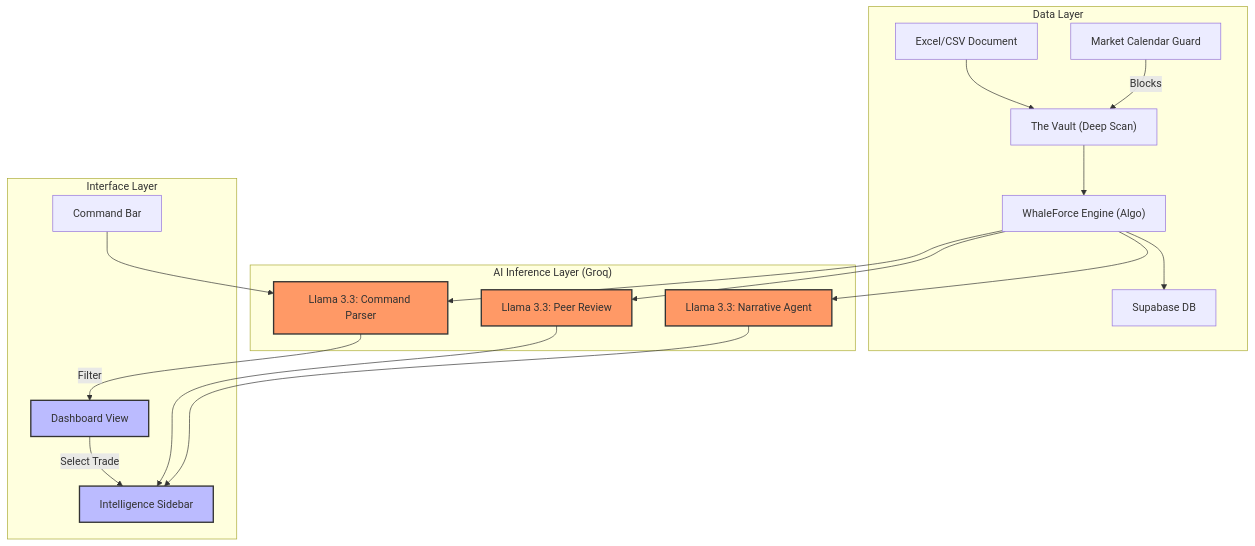
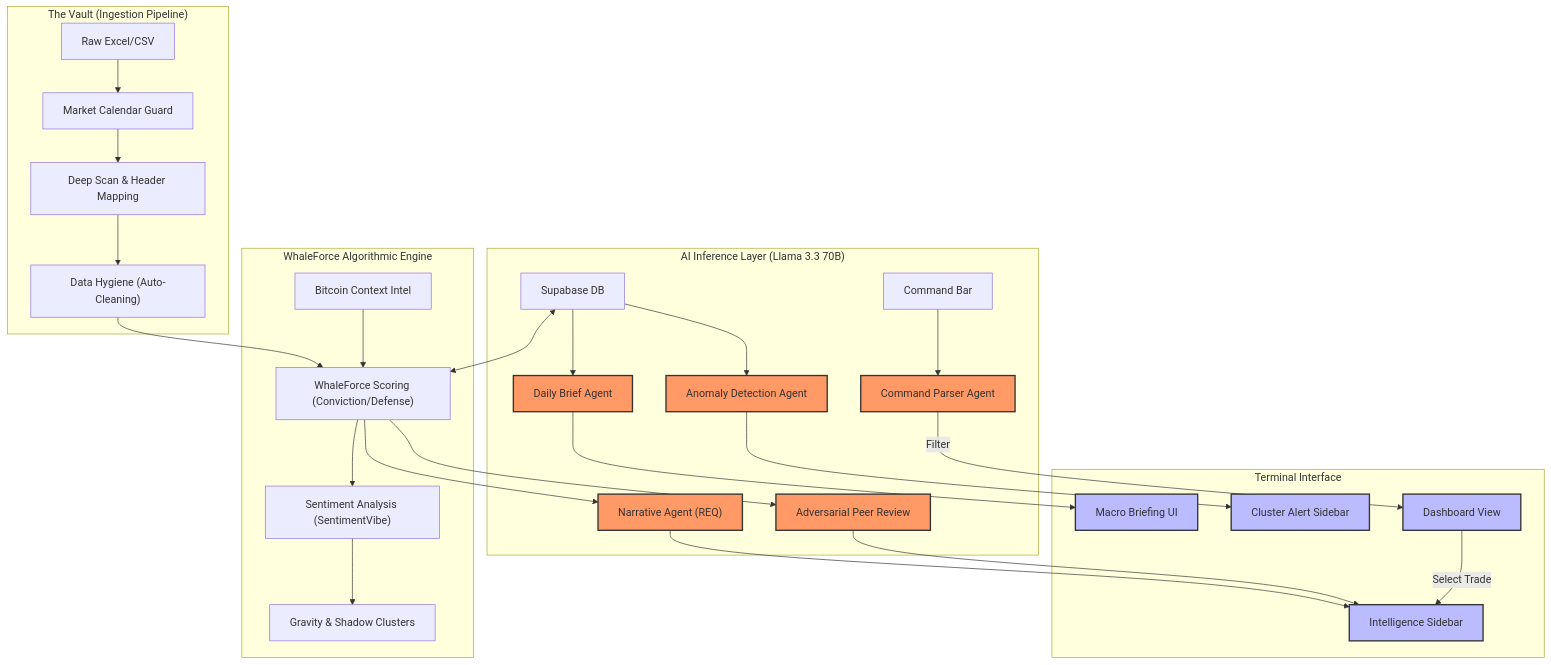
One commit to kuberaplutus224/TradeterminalGroq changed the diagram in README.md. Above: the diagram before and after it, drawn with Mermaid.

Commit message:
Refactor Mermaid diagram for data ingestion and AI layers

````diff
--- a/README.md
+++ b/README.md
@@ -84,26 +84,38 @@
 ```mermaid
 graph TD
     classDef ai fill:#f96,stroke:#333,stroke-width:2px;
     classDef ui fill:#bbf,stroke:#333,stroke-width:2px;
-    classDef data fill:#dfd,stroke:#333,stroke-width:2px;
+    classDef algo fill:#dfd,stroke:#333,stroke-width:2px;
+    classDef data fill:#eee,stroke:#333,stroke-width:2px;
 
-    subgraph DataLayer ["Data Layer"]
-    A["Excel/CSV Document"] --> B["The Vault (Deep Scan)"]
-    K["Market Calendar Guard"] -- Blocks --> B
-    B --> C["WhaleForce Engine (Algo)"]
-    C --> L["Supabase DB"]
+    subgraph DataIngestion ["The Vault (Ingestion Pipeline)"]
+        Raw["Raw Excel/CSV"] --> Guard["Market Calendar Guard"]
+        Guard --> Scan["Deep Scan & Header Mapping"]
+        Scan --> Clean["Data Hygiene (Auto-Cleaning)"]
     end
 
-    subgraph AIInference ["AI Inference Layer (Groq)"]
-    C --> D["Llama 3.3: Narrative Agent"]:::ai
-    C --> E["Llama 3.3: Peer Review"]:::ai
-    C --> F["Llama 3.3: Command Parser"]:::ai
+    subgraph IntelligenceEngine ["WhaleForce Algorithmic Engine"]
+        Clean --> WS["WhaleForce Scoring (Conviction/Defense)"]
+        WS --> SM["Sentiment Analysis (SentimentVibe)"]
+        SM --> GC["Gravity & Shadow Clusters"]
+        BTC["Bitcoin Context Intel"] --> WS
     end
 
-    subgraph InterfaceLayer ["Interface Layer"]
-    G["Command Bar"] --> F
-    F -->|Filter| H["Dashboard View"]:::ui
-    H -->|Select Trade| I["Intelligence Sidebar"]:::ui
-    D & E --> I
+    L["Supabase DB"] <--> WS
+
+    subgraph GroqLayer ["AI Inference Layer (Llama 3.3 70B)"]
+        L --> DA["Daily Brief Agent"]:::ai
+        L --> AD["Anomaly Detection Agent"]:::ai
+        WS --> NA["Narrative Agent (REQ)"]:::ai
+        WS --> PR["Adversarial Peer Review"]:::ai
+        CB["Command Bar"] --> CP["Command Parser Agent"]:::ai
+    end
+
+    subgraph InterfaceLayer ["Terminal Interface"]
+        DA --> MB["Macro Briefing UI"]:::ui
+        AD --> CS["Cluster Alert Sidebar"]:::ui
+        NA & PR --> IS["Intelligence Sidebar"]:::ui
+        CP -->|Filter| DV["Dashboard View"]:::ui
+        DV -->|Select Trade| IS
     end
 ```
````
